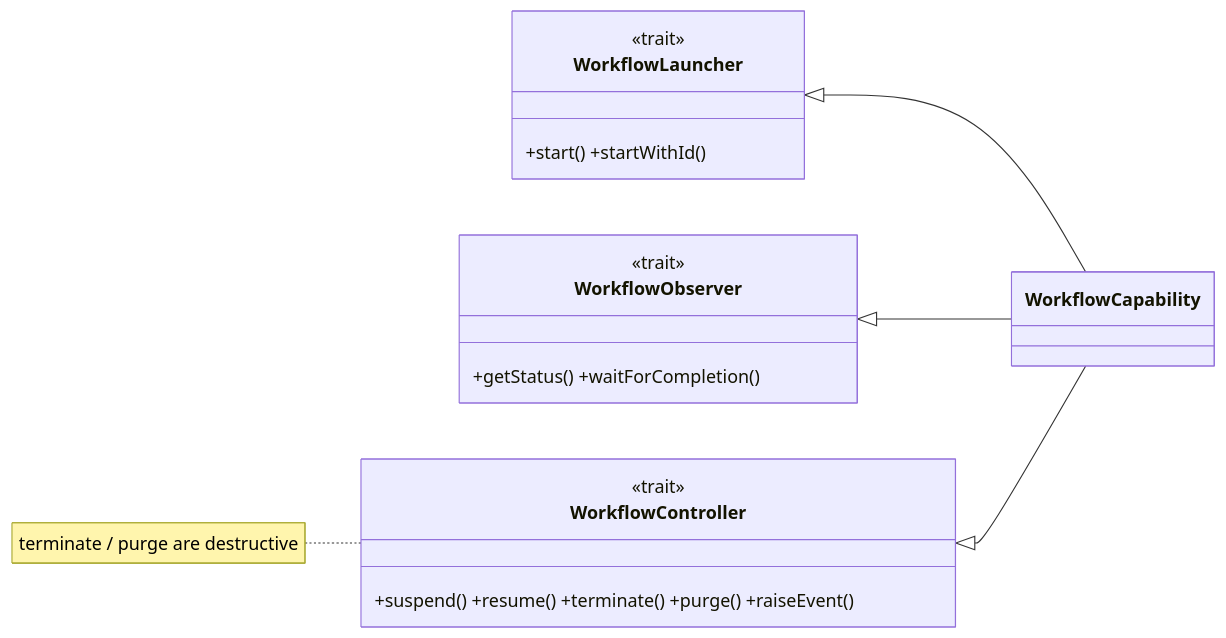
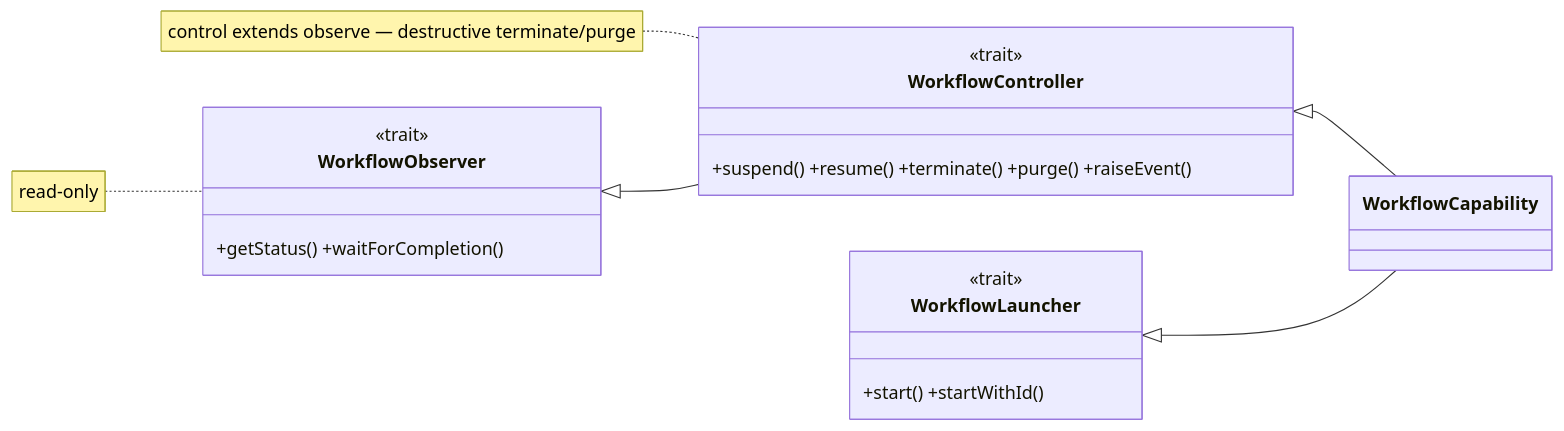
Before and after one commit to sideeffffect/dapr4s: diagram 32 of 36 in docs/CAPABILITY-SPLITS.md, drawn with Mermaid. The commit also changed other lines of this file, not shown here.

First line of the commit message:
docs: make read-only-vs-rest the authority-split principle

````diff
--- a/docs/CAPABILITY-SPLITS.md
+++ b/docs/CAPABILITY-SPLITS.md
@@ -692,21 +703,22 @@
 ```mermaid
 classDiagram
     direction LR
-    class WorkflowLauncher {
-        <<trait>>
-        +start() +startWithId()
-    }
     class WorkflowObserver {
         <<trait>>
         +getStatus() +waitForCompletion()
     }
     class WorkflowController {
         <<trait>>
         +suspend() +resume() +terminate() +purge() +raiseEvent()
     }
+    class WorkflowLauncher {
+        <<trait>>
+        +start() +startWithId()
+    }
     class WorkflowCapability
+    WorkflowObserver <|-- WorkflowController
+    WorkflowController <|-- WorkflowCapability
     WorkflowLauncher <|-- WorkflowCapability
-    WorkflowObserver <|-- WorkflowCapability
-    WorkflowController <|-- WorkflowCapability
-    note for WorkflowController "terminate / purge are destructive"
+    note for WorkflowObserver "read-only"
+    note for WorkflowController "control extends observe — destructive terminate/purge"
 ```
````
